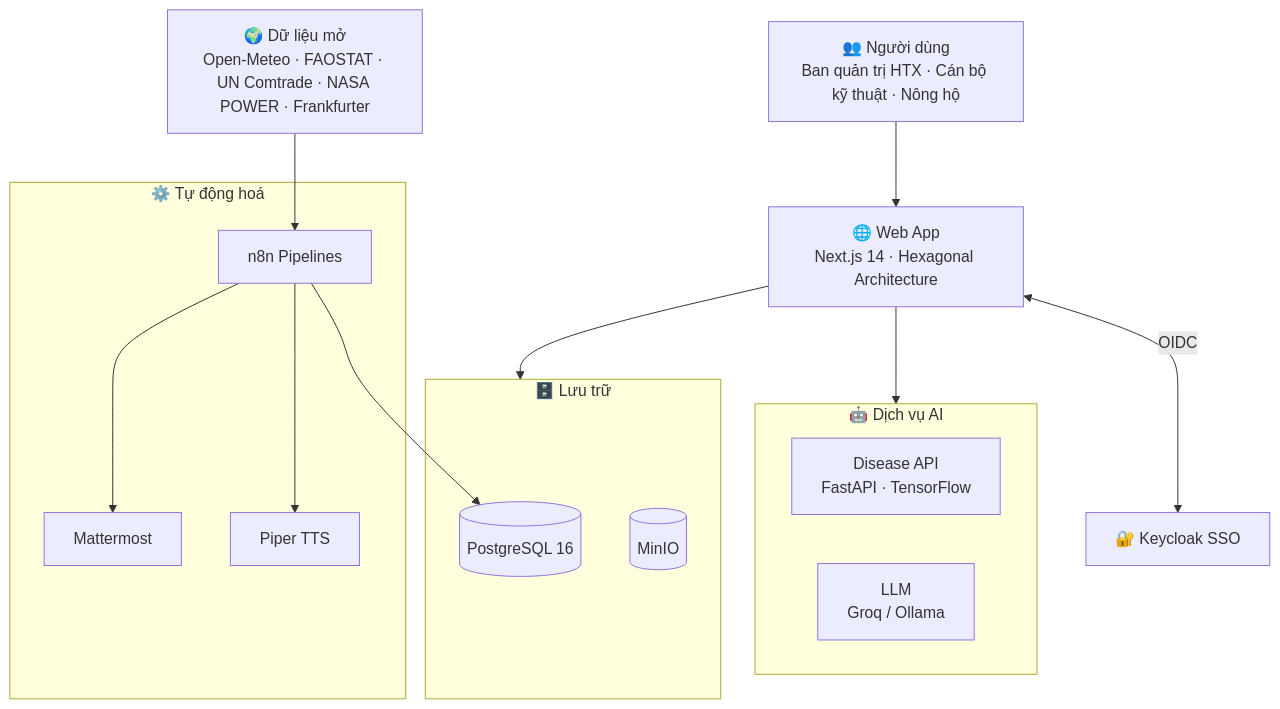
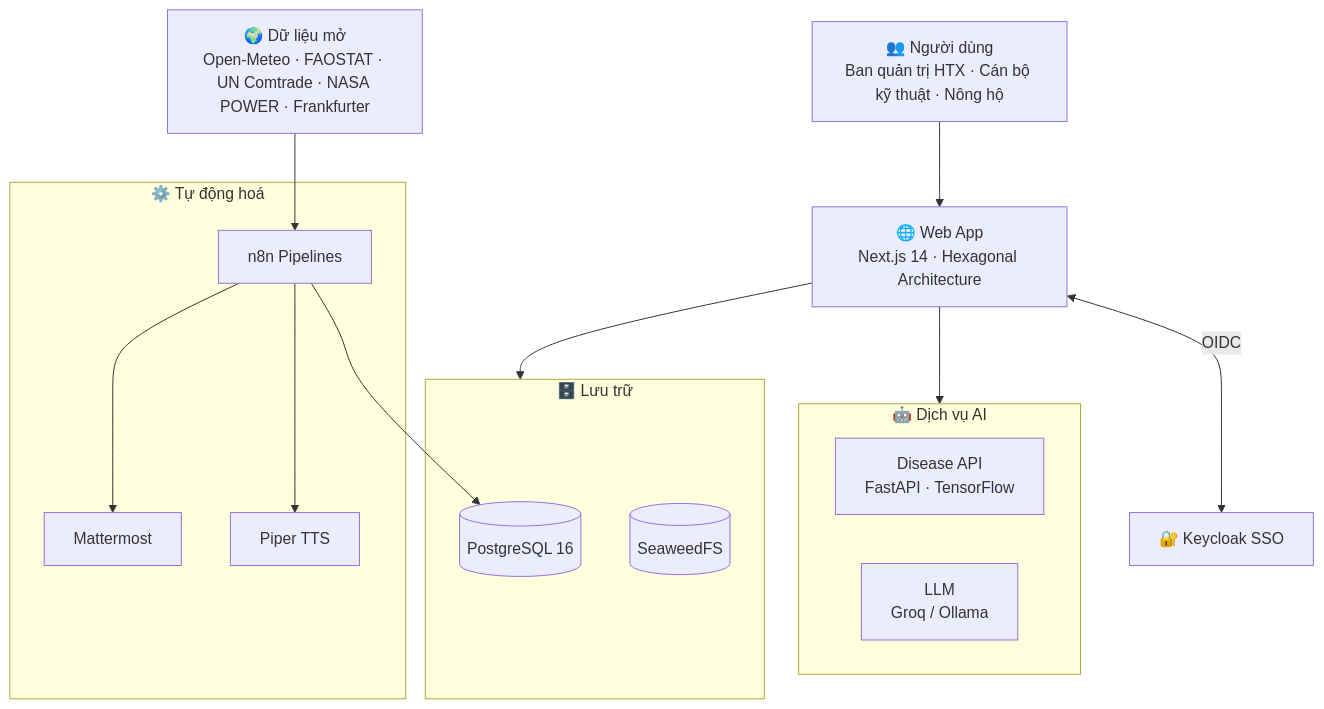
Before and after one commit to maiychrus25/OpenTea-DX-OS: the diagram in README.md, drawn with Mermaid. The commit also changed other lines of this file and 7 other files, not shown here.

````diff
--- a/README.md
+++ b/README.md
@@ -56,33 +56,33 @@
 ```mermaid
 flowchart TB
     U["👥 Người dùng<br/>Ban quản trị HTX · Cán bộ kỹ thuật · Nông hộ"]
     KC["🔐 Keycloak SSO"]
     WEB["🌐 Web App<br/>Next.js 14 · Hexagonal Architecture"]
 
     subgraph AI["🤖 Dịch vụ AI"]
         API["Disease API<br/>FastAPI · TensorFlow"]
         LLM["LLM<br/>Groq / Ollama"]
     end
 
     subgraph Store["🗄️ Lưu trữ"]
         PG[("PostgreSQL 16")]
-        S3[("MinIO")]
+        S3[("SeaweedFS")]
     end
 
     subgraph Auto["⚙️ Tự động hoá"]
         N8N["n8n Pipelines"]
         TTS["Piper TTS"]
         MM["Mattermost"]
     end
 
     EXT["🌍 Dữ liệu mở<br/>Open-Meteo · FAOSTAT · UN Comtrade · NASA POWER · Frankfurter"]
 
     U --> WEB
     WEB <-->|OIDC| KC
     WEB --> AI
     WEB --> Store
     EXT --> N8N
     N8N --> PG
     N8N --> TTS
     N8N --> MM
 ```
````
